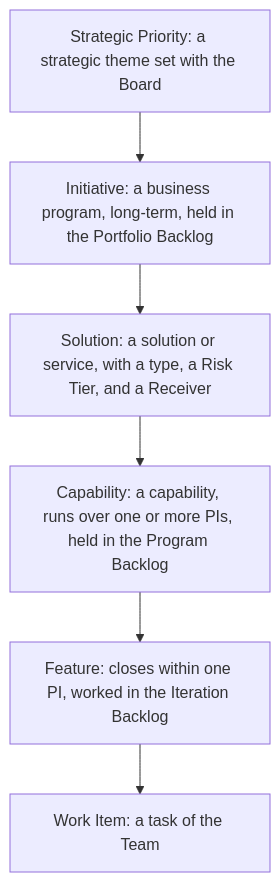
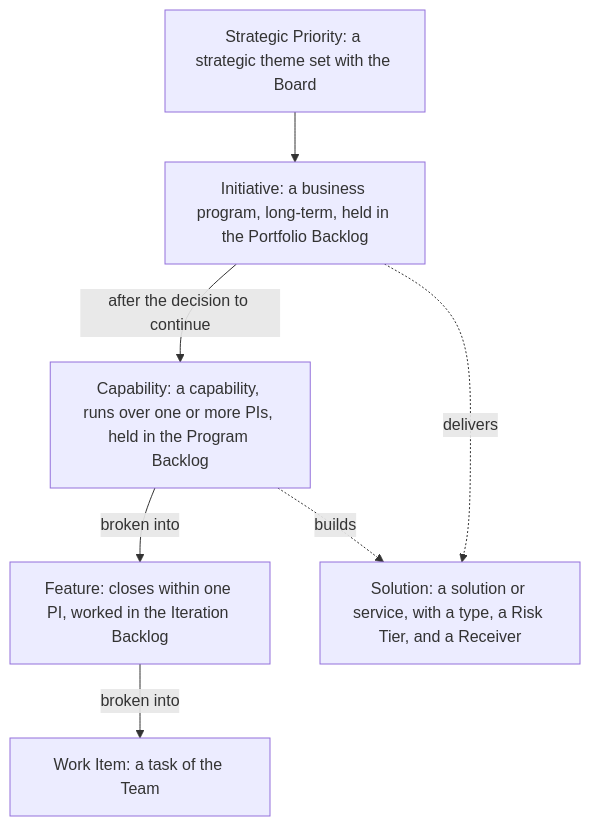
Before and after one commit to devhogu/ob-aicc: the first of 4 diagrams in charter/workflows/service-delivery.md, drawn with Mermaid. The commit also changed other lines of this file and 75 other files, not shown here.

Commit message:
Life-cycle flows, measures, end-to-end evaluation, two-level acceptance, and the yearly Steering in December (DR-2026-050 to DR-2026-057)

````diff
--- a/charter/workflows/service-delivery.md
+++ b/charter/workflows/service-delivery.md
@@ -17,8 +17,9 @@
 ```mermaid
 flowchart TB
   T["Strategic Priority: a strategic theme set with the Board"] --> I["Initiative: a business program, long-term, held in the Portfolio Backlog"]
-  I --> S["Solution: a solution or service, with a type, a Risk Tier, and a Receiver"]
-  S --> E["Capability: a capability, runs over one or more PIs, held in the Program Backlog"]
-  E --> F["Feature: closes within one PI, worked in the Iteration Backlog"]
-  F --> W["Work Item: a task of the Team"]
+  I -->|after the decision to continue| E["Capability: a capability, runs over one or more PIs, held in the Program Backlog"]
+  E -->|broken into| F["Feature: closes within one PI, worked in the Iteration Backlog"]
+  F -->|broken into| W["Work Item: a task of the Team"]
+  I -.->|delivers| S["Solution: a solution or service, with a type, a Risk Tier, and a Receiver"]
+  E -.->|builds| S
 ```
````
